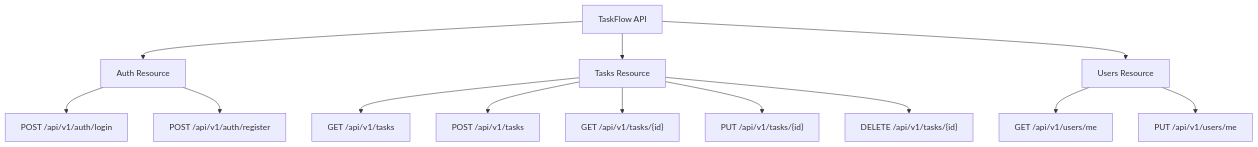
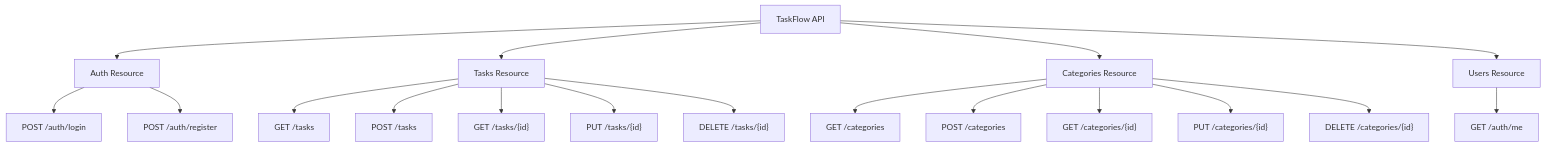
Before and after one commit to nandakumar-nandu/TaskFlowAPI: the third of 5 diagrams in README.md, drawn with Mermaid. The commit also changed other lines of this file and 19 other files, not shown here.

````diff
--- a/README.md
+++ b/README.md
@@ -67,19 +85,25 @@
 ```mermaid
 graph TD
     API[TaskFlow API]
     API --> Auth[Auth Resource]
     API --> Tasks[Tasks Resource]
+    API --> Categories[Categories Resource]
     API --> Users[Users Resource]
 
-    Auth --> POST_Login[POST /api/v1/auth/login]
-    Auth --> POST_Register[POST /api/v1/auth/register]
+    Auth --> POST_Login[POST /auth/login]
+    Auth --> POST_Register[POST /auth/register]
 
-    Tasks --> GET_Tasks[GET /api/v1/tasks]
-    Tasks --> POST_Tasks[POST /api/v1/tasks]
-    Tasks --> GET_Task["GET /api/v1/tasks/{id}"]
-    Tasks --> PUT_Task["PUT /api/v1/tasks/{id}"]
-    Tasks --> DELETE_Task["DELETE /api/v1/tasks/{id}"]
+    Tasks --> GET_Tasks[GET /tasks]
+    Tasks --> POST_Tasks[POST /tasks]
+    Tasks --> GET_Task["GET /tasks/{id}"]
+    Tasks --> PUT_Task["PUT /tasks/{id}"]
+    Tasks --> DELETE_Task["DELETE /tasks/{id}"]
 
-    Users --> GET_Me[GET /api/v1/users/me]
-    Users --> PUT_Me[PUT /api/v1/users/me]
+    Categories --> GET_Categories[GET /categories]
+    Categories --> POST_Categories[POST /categories]
+    Categories --> GET_Category["GET /categories/{id}"]
+    Categories --> PUT_Category["PUT /categories/{id}"]
+    Categories --> DELETE_Category["DELETE /categories/{id}"]
+
+    Users --> GET_Me[GET /auth/me]
 ```
````
